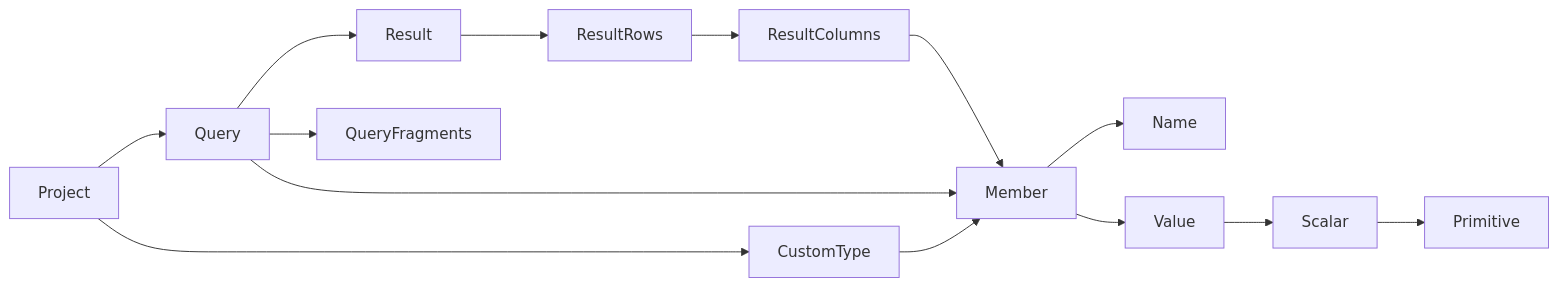
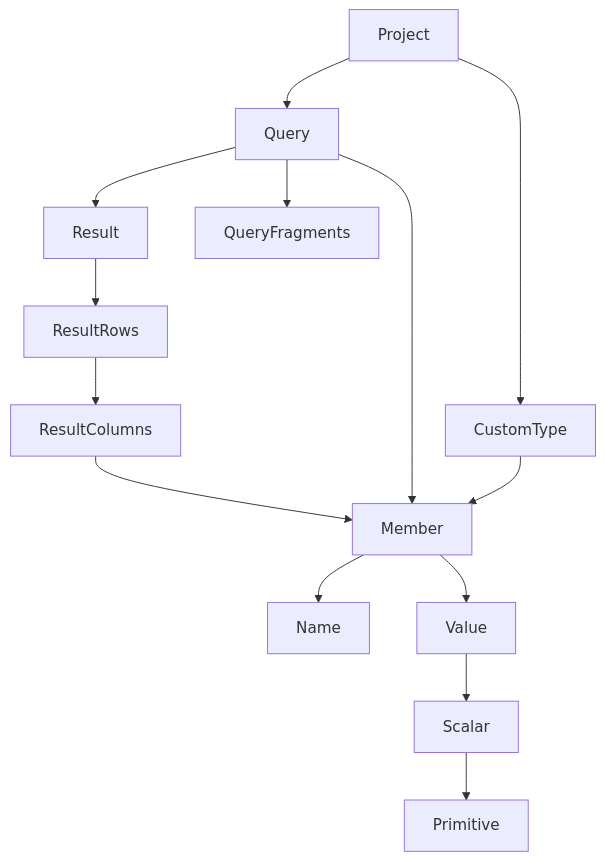
One commit to pgenie-io/gen-sdk changed the second of 2 diagrams in docs/generator-architecture.md. Above: the diagram before and after it, drawn with Mermaid. The commit also changed other lines of this file, not shown here.

Commit message:
Update the arch doc

````diff
--- a/docs/generator-architecture.md
+++ b/docs/generator-architecture.md
@@ -199,12 +200,12 @@
 ```mermaid
-flowchart LR
+flowchart TD
     Project --> Query
     Project --> CustomType
     Query --> Result --> ResultRows --> ResultColumns --> Member
     Query --> QueryFragments
     Query --> Member
     CustomType --> Member
     Member --> Name
     Member --> Value
     Value --> Scalar --> Primitive
 ```
````
